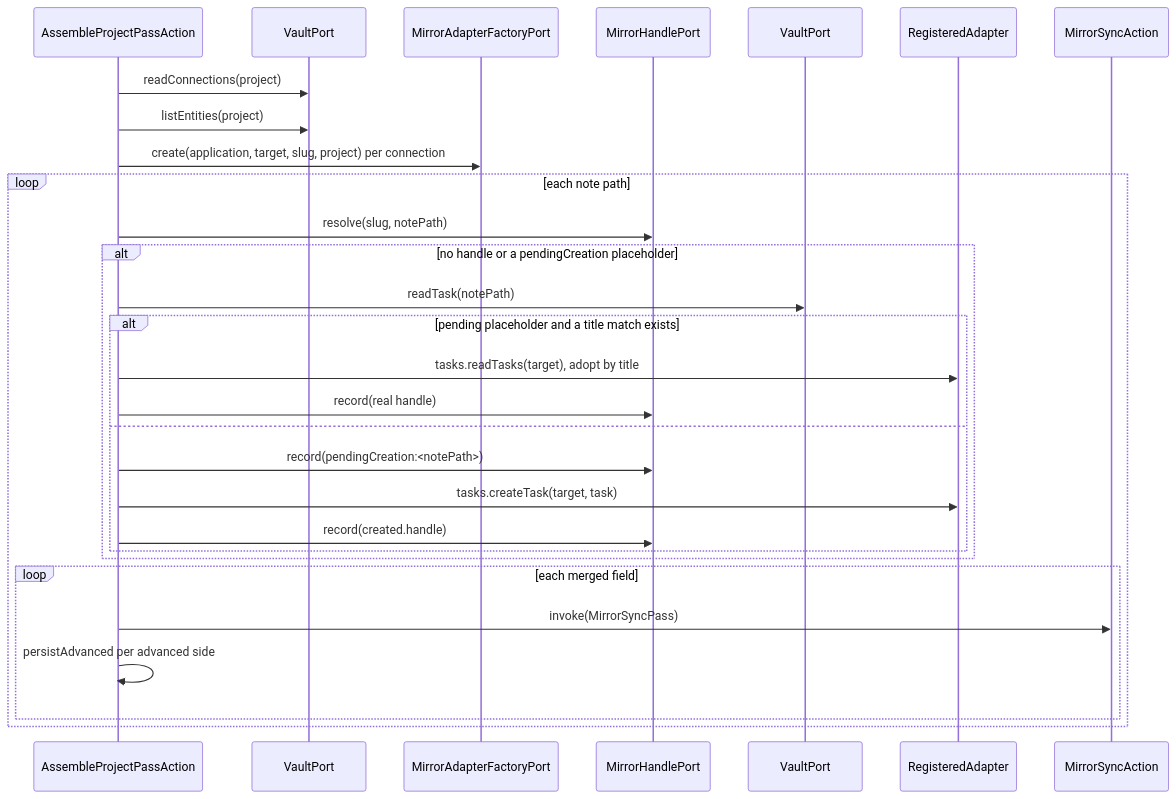
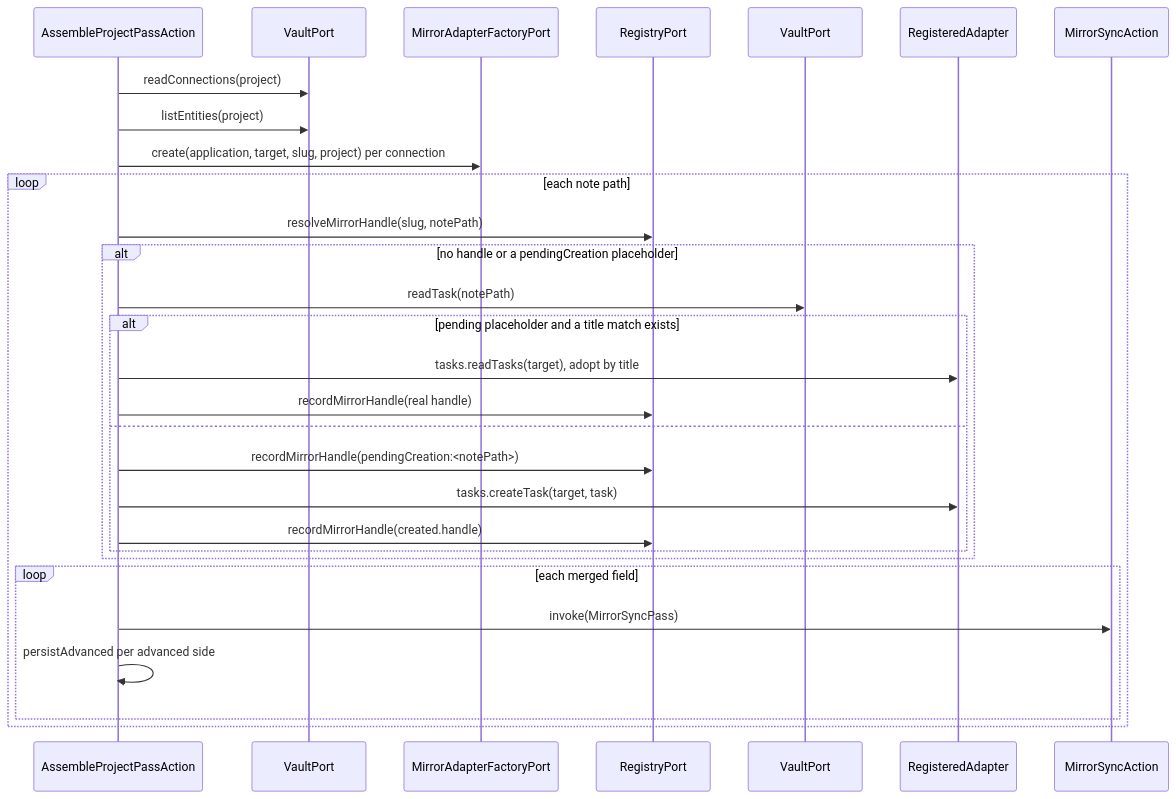
Before and after one commit to 99linesofcode/obsidian-project-management: the sixth of 18 diagrams in docs/developer-manual.md, drawn with Mermaid. The commit also changed other lines of this file and 39 other files, not shown here.

First line of the commit message:
refactor(registry): collapse the registry ports into one RegistryPort

````diff
--- a/docs/developer-manual.md
+++ b/docs/developer-manual.md
@@ -360,32 +359,32 @@
 ```mermaid
 sequenceDiagram
   participant A as AssembleProjectPassAction
   participant PS as VaultPort
   participant F as MirrorAdapterFactoryPort
-  participant H as MirrorHandlePort
+  participant H as RegistryPort
   participant O as VaultPort
   participant R as RegisteredAdapter
   participant MS as MirrorSyncAction
 
   A->>PS: readConnections(project)
   A->>PS: listEntities(project)
   A->>F: create(application, target, slug, project) per connection
   loop each note path
-    A->>H: resolve(slug, notePath)
+    A->>H: resolveMirrorHandle(slug, notePath)
     alt no handle or a pendingCreation placeholder
       A->>O: readTask(notePath)
       alt pending placeholder and a title match exists
         A->>R: tasks.readTasks(target), adopt by title
-        A->>H: record(real handle)
+        A->>H: recordMirrorHandle(real handle)
       else
-        A->>H: record(pendingCreation:<notePath>)
+        A->>H: recordMirrorHandle(pendingCreation:<notePath>)
         A->>R: tasks.createTask(target, task)
-        A->>H: record(created.handle)
+        A->>H: recordMirrorHandle(created.handle)
       end
     end
     loop each merged field
       A->>MS: invoke(MirrorSyncPass)
       A->>A: persistAdvanced per advanced side
     end
   end
 ```
````
